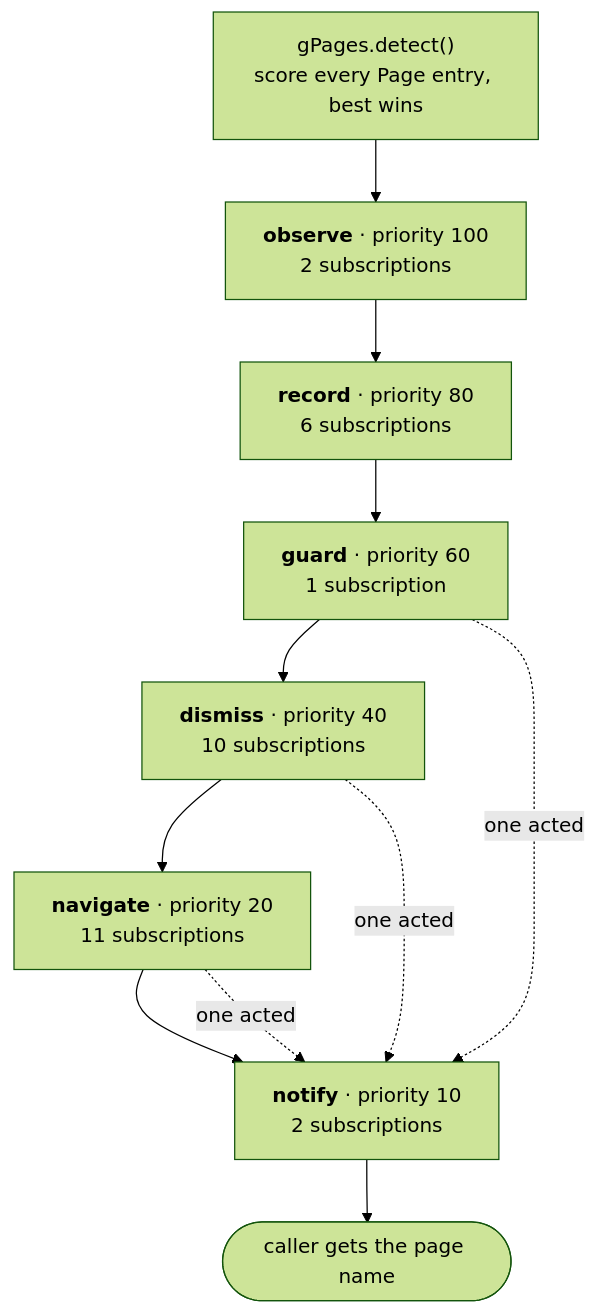
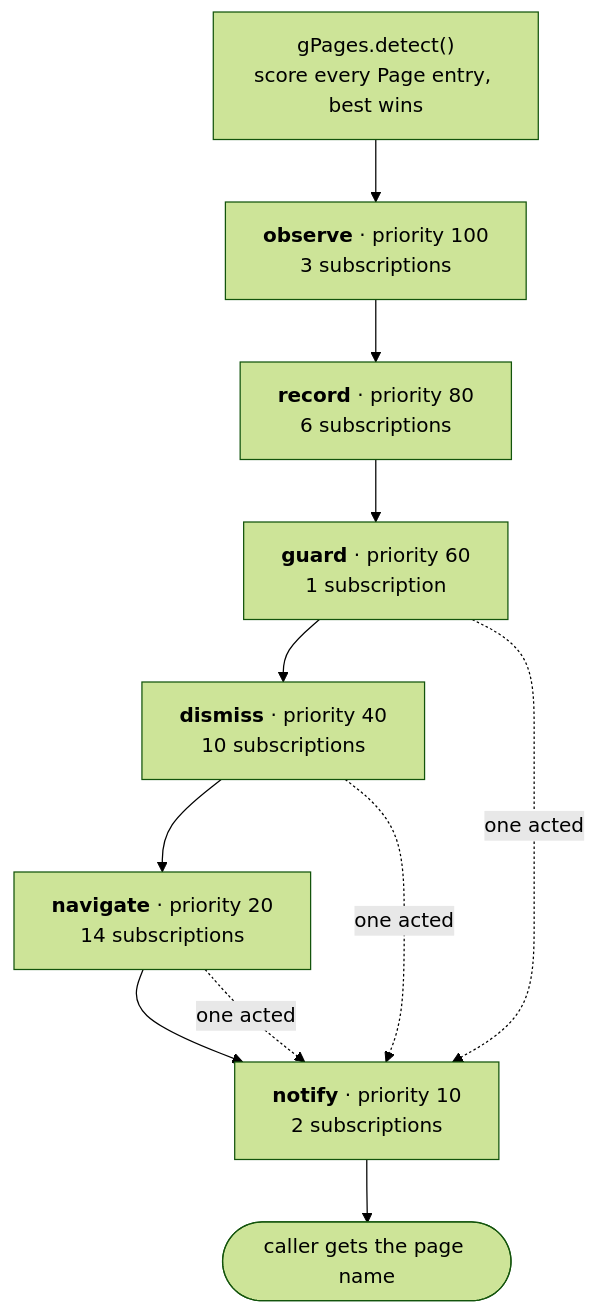
Before and after one commit to thireven/game-automation-scripts: the first of 3 diagrams in app.gap.Tsum/PAGE_DISPATCH.md, drawn with Mermaid (forest theme). The commit also changed other lines of this file and 17 other files, not shown here.

````diff
--- a/app.gap.Tsum/PAGE_DISPATCH.md
+++ b/app.gap.Tsum/PAGE_DISPATCH.md
@@ -24,21 +24,21 @@
 ```mermaid
 flowchart TD
   detect["gPages.detect()<br/>score every Page entry, best wins"]
-  c0["<b>observe</b> &middot; priority 100<br/>2 subscriptions"]
+  c0["<b>observe</b> &middot; priority 100<br/>3 subscriptions"]
   c1["<b>record</b> &middot; priority 80<br/>6 subscriptions"]
   c2["<b>guard</b> &middot; priority 60<br/>1 subscription"]
   c3["<b>dismiss</b> &middot; priority 40<br/>10 subscriptions"]
-  c4["<b>navigate</b> &middot; priority 20<br/>11 subscriptions"]
+  c4["<b>navigate</b> &middot; priority 20<br/>14 subscriptions"]
   c5["<b>notify</b> &middot; priority 10<br/>2 subscriptions"]
   done(["caller gets the page name"])
   detect --> c0
   c0 --> c1
   c1 --> c2
   c2 --> c3
   c3 --> c4
   c4 --> c5
   c5 --> done
   c2 -. "one acted" .-> c5
   c3 -. "one acted" .-> c5
   c4 -. "one acted" .-> c5
 ```
````
